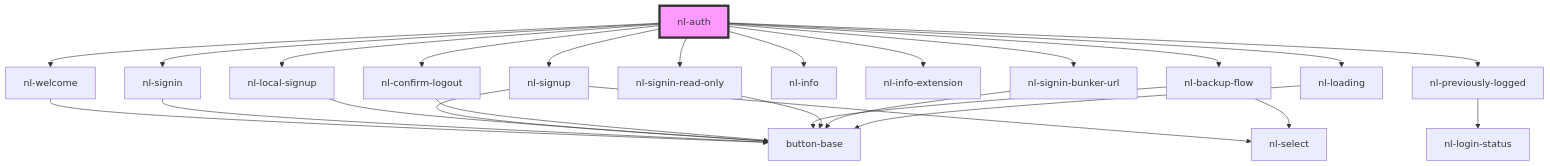
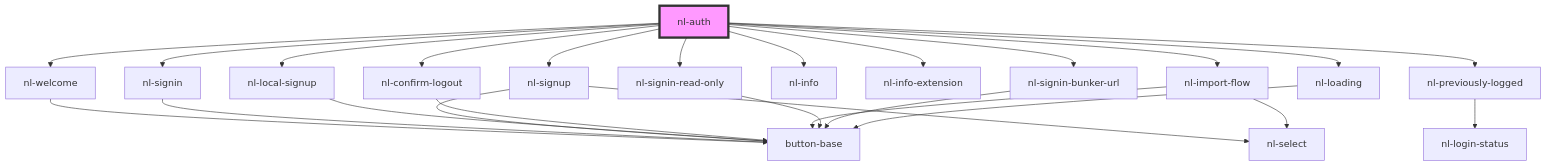
One commit to nostrband/nostr-login changed the diagram in packages/components/src/components/nl-auth/readme.md. Above: the diagram before and after it, drawn with Mermaid. The commit also changed other lines of this file and 19 other files, not shown here.

Commit message:
Implement localSignup and setLocal, implement wrapper around import flow

````diff
--- a/packages/components/src/components/nl-auth/readme.md
+++ b/packages/components/src/components/nl-auth/readme.md
@@ -49,28 +49,28 @@
 ```mermaid
 graph TD;
   nl-auth --> nl-welcome
   nl-auth --> nl-signin
   nl-auth --> nl-signup
   nl-auth --> nl-local-signup
   nl-auth --> nl-confirm-logout
-  nl-auth --> nl-backup-flow
+  nl-auth --> nl-import-flow
   nl-auth --> nl-info
   nl-auth --> nl-info-extension
   nl-auth --> nl-signin-read-only
   nl-auth --> nl-signin-bunker-url
   nl-auth --> nl-previously-logged
   nl-auth --> nl-loading
   nl-welcome --> button-base
   nl-signin --> button-base
   nl-signup --> nl-select
   nl-signup --> button-base
   nl-local-signup --> button-base
   nl-confirm-logout --> button-base
-  nl-backup-flow --> button-base
-  nl-backup-flow --> nl-select
+  nl-import-flow --> button-base
+  nl-import-flow --> nl-select
   nl-signin-read-only --> button-base
   nl-signin-bunker-url --> button-base
   nl-previously-logged --> nl-login-status
   nl-loading --> button-base
   style nl-auth fill:#f9f,stroke:#333,stroke-width:4px
 ```
````
